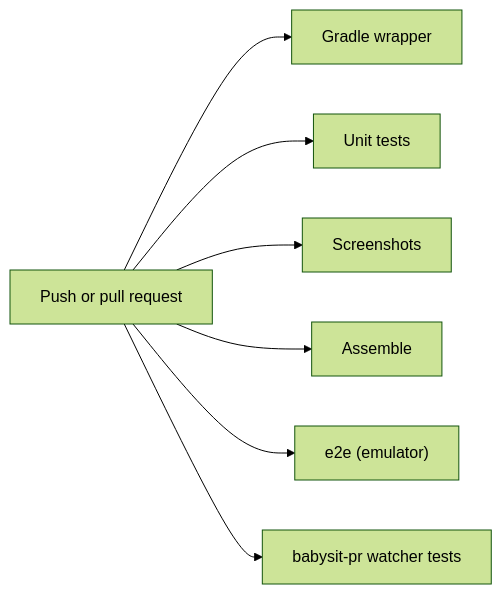
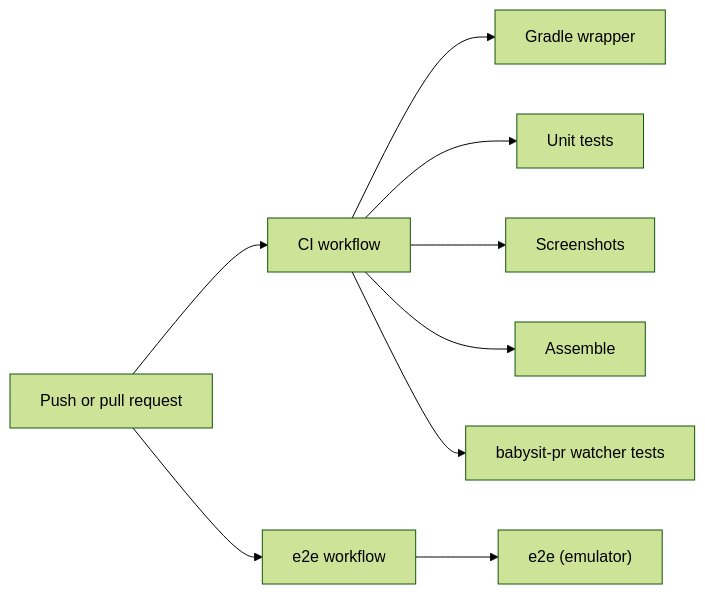
Before and after one commit to rock3r/clockblock: the first of 2 diagrams in docs/testing.md, drawn with Mermaid (forest theme). The commit also changed other lines of this file and 14 other files, not shown here.

````diff
--- a/docs/testing.md
+++ b/docs/testing.md
@@ -112,9 +114,11 @@
 ```mermaid
 flowchart LR
-    pr["Push or pull request"] --> wrapper["Gradle wrapper"]
-    pr --> unit["Unit tests"]
-    pr --> shots["Screenshots"]
-    pr --> assemble["Assemble"]
-    pr --> e2e["e2e (emulator)"]
-    pr --> babysit["babysit-pr watcher tests"]
+    pr["Push or pull request"] --> ci["CI workflow"]
+    pr --> e2ewf["e2e workflow"]
+    ci --> wrapper["Gradle wrapper"]
+    ci --> unit["Unit tests"]
+    ci --> shots["Screenshots"]
+    ci --> assemble["Assemble"]
+    ci --> babysit["babysit-pr watcher tests"]
+    e2ewf --> e2e["e2e (emulator)"]
 ```
````
